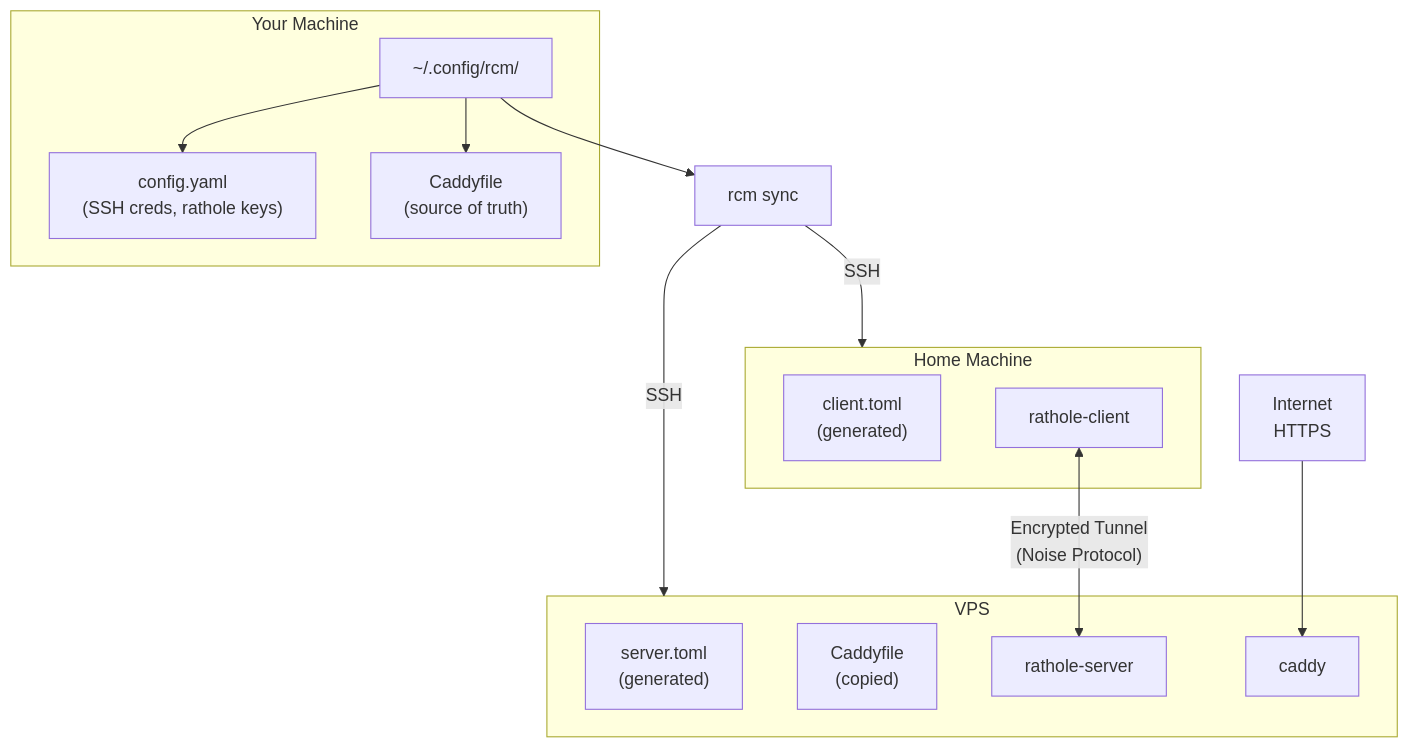
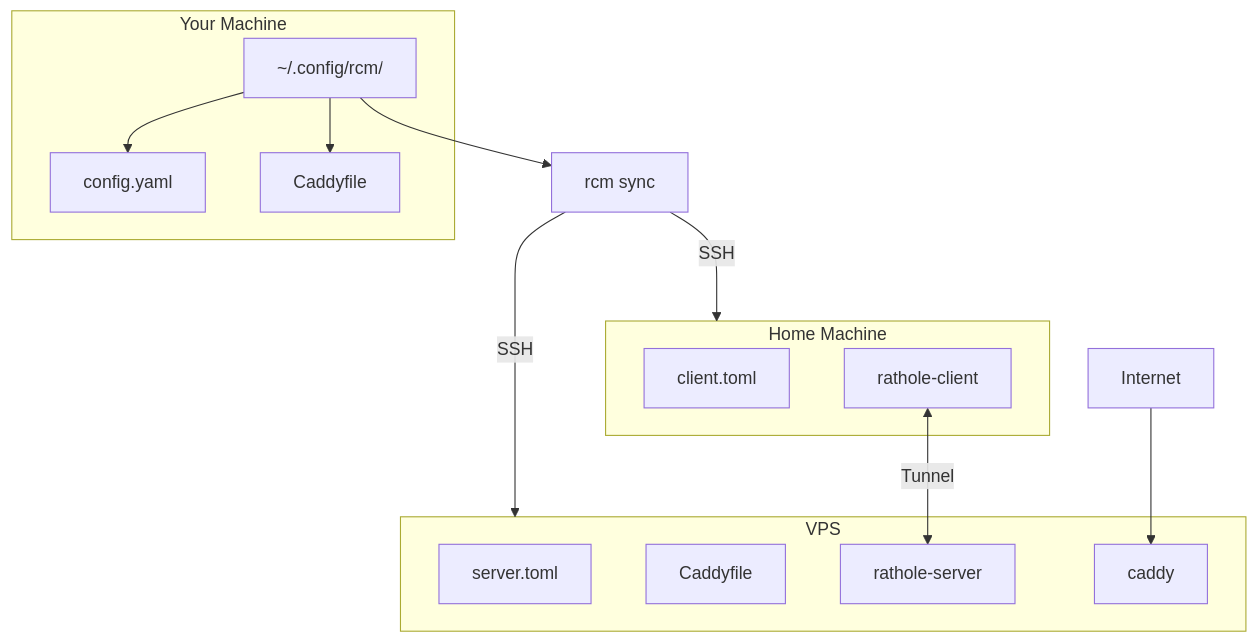
One commit to AhmedAburady/rcm-go changed the diagram in README.md. Above: the diagram before and after it, drawn with Mermaid.

Commit message:
docs: simplify flowchart labels and connection descriptions in README.md

````diff
--- a/README.md
+++ b/README.md
@@ -9,31 +9,31 @@
 ```mermaid
 flowchart TB
     subgraph local["Your Machine"]
         config["~/.config/rcm/"]
-        configyaml["config.yaml<br/>(SSH creds, rathole keys)"]
-        caddyfile["Caddyfile<br/>(source of truth)"]
+        configyaml["config.yaml"]
+        caddyfile["Caddyfile"]
         config --> configyaml
         config --> caddyfile
     end
 
     rcm["rcm sync"]
     config --> rcm
 
     subgraph vps["VPS"]
-        servertoml["server.toml<br/>(generated)"]
-        vpscaddy["Caddyfile<br/>(copied)"]
+        servertoml["server.toml"]
+        vpscaddy["Caddyfile"]
         ratholeserver["rathole-server"]
         caddy["caddy"]
     end
 
     subgraph home["Home Machine"]
-        clienttoml["client.toml<br/>(generated)"]
+        clienttoml["client.toml"]
         ratholeclient["rathole-client"]
     end
 
     rcm -->|SSH| vps
     rcm -->|SSH| home
 
-    internet["Internet<br/>HTTPS"] --> caddy
-    ratholeclient <-->|"Encrypted Tunnel<br/>(Noise Protocol)"| ratholeserver
+    internet["Internet"] --> caddy
+    ratholeclient <-->|Tunnel| ratholeserver
 ```
````
